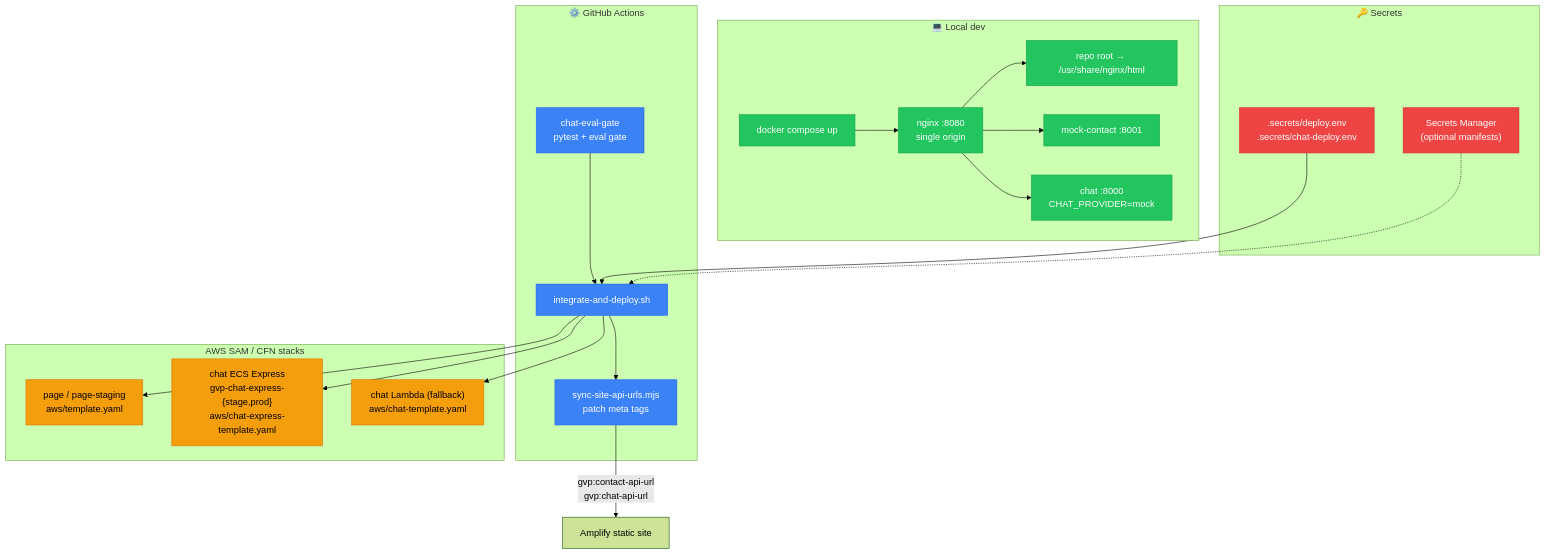
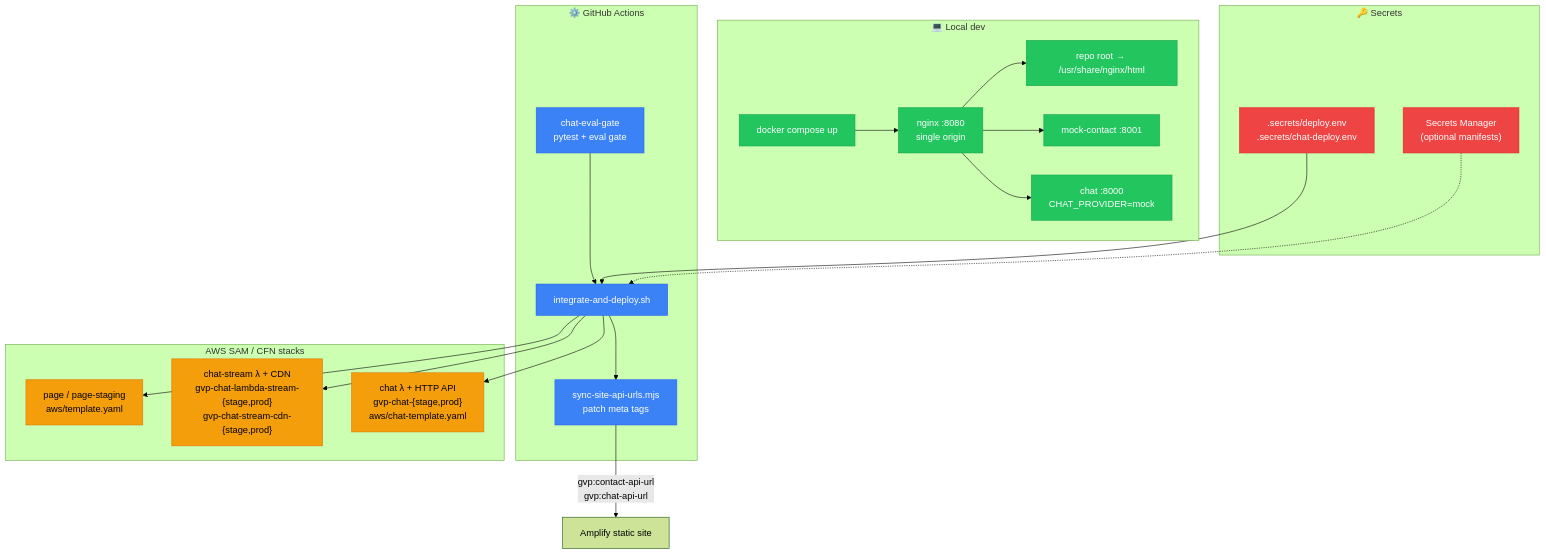
One commit to geda0/gvp changed the sixth of 7 diagrams in docs/architecture.md. Above: the diagram before and after it, drawn with Mermaid (forest theme). The commit also changed other lines of this file, not shown here.

````diff
--- a/docs/architecture.md
+++ b/docs/architecture.md
@@ -481,47 +517,47 @@
 ```mermaid
 flowchart TB
     subgraph Dev["💻 Local dev"]
         DC["docker compose up"]
         NGX["nginx :8080<br/>single origin"]
         MOCK["mock-contact :8001"]
         CHATD["chat :8000<br/>CHAT_PROVIDER=mock"]
         STATIC["repo root → /usr/share/nginx/html"]
     end
 
     subgraph CI["⚙️ GitHub Actions"]
         EVAL["chat-eval-gate<br/>pytest + eval gate"]
         DEPLOY["integrate-and-deploy.sh"]
         SYNC["sync-site-api-urls.mjs<br/>patch meta tags"]
     end
 
     subgraph Stacks["AWS SAM / CFN stacks"]
         S1["page / page-staging<br/>aws/template.yaml"]
-        S3["chat ECS Express<br/>gvp-chat-express-{stage,prod}<br/>aws/chat-express-template.yaml"]
-        S2["chat Lambda (fallback)<br/>aws/chat-template.yaml"]
+        S3["chat-stream &lambda; + CDN<br/>gvp-chat-lambda-stream-{stage,prod}<br/>gvp-chat-stream-cdn-{stage,prod}"]
+        S2["chat &lambda; + HTTP API<br/>gvp-chat-{stage,prod}<br/>aws/chat-template.yaml"]
     end
 
     subgraph Secrets["🔑 Secrets"]
         SM["Secrets Manager<br/>(optional manifests)"]
         ENV[".secrets/deploy.env<br/>.secrets/chat-deploy.env"]
     end
 
     DC --> NGX
     NGX --> STATIC & MOCK & CHATD
 
     EVAL --> DEPLOY
     ENV --> DEPLOY
     SM -.-> DEPLOY
     DEPLOY --> S1 & S2 & S3
     DEPLOY --> SYNC
     SYNC -->|"gvp:contact-api-url<br/>gvp:chat-api-url"| AMP["Amplify static site"]
 
     classDef dev fill:#22C55E,stroke:#16A34A,color:#fff
     classDef ci fill:#3B82F6,stroke:#2563EB,color:#fff
     classDef stack fill:#F59E0B,stroke:#D97706,color:#000
     classDef secret fill:#EF4444,stroke:#DC2626,color:#fff
 
     class DC,NGX,MOCK,CHATD,STATIC dev
     class EVAL,DEPLOY,SYNC ci
     class S1,S2,S3 stack
     class SM,ENV secret
 ```
````
